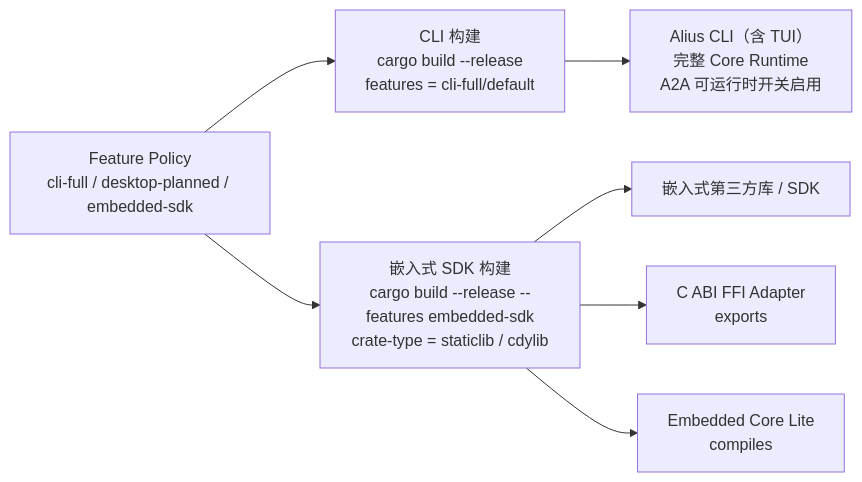
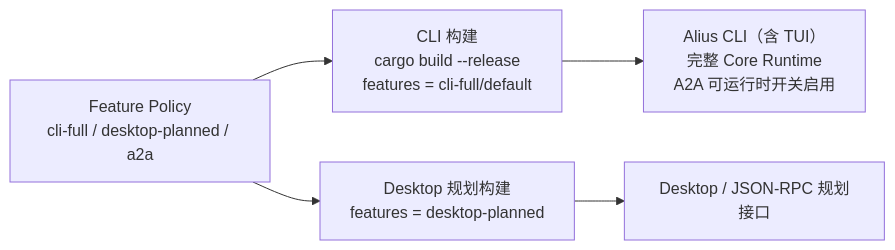
Before and after one commit to AliusTech/alius: the eighth of 9 diagrams in .alius/memory/design/09-architecture-v10-implementation-reference.md, drawn with Mermaid. The commit also changed other lines of this file and 44 other files, not shown here.

````diff
--- a/.alius/memory/design/09-architecture-v10-implementation-reference.md
+++ b/.alius/memory/design/09-architecture-v10-implementation-reference.md
@@ -342,10 +304,8 @@
 ```mermaid
 flowchart LR
-  POLICY["Feature Policy\ncli-full / desktop-planned / embedded-sdk"] --> BCLI["CLI 构建\ncargo build --release\nfeatures = cli-full/default"]
-  POLICY --> BEMB["嵌入式 SDK 构建\ncargo build --release --features embedded-sdk\ncrate-type = staticlib / cdylib"]
+  POLICY["Feature Policy\ncli-full / desktop-planned / a2a"] --> BCLI["CLI 构建\ncargo build --release\nfeatures = cli-full/default"]
+  POLICY --> BDESK["Desktop 规划构建\nfeatures = desktop-planned"]
 
   BCLI --> CLI["Alius CLI（含 TUI）\n完整 Core Runtime\nA2A 可运行时开关启用"]
-  BEMB --> EMB["嵌入式第三方库 / SDK"]
-  BEMB --> FFI["C ABI FFI Adapter\nexports"]
-  BEMB --> LITE["Embedded Core Lite\ncompiles"]
+  BDESK --> DESK["Desktop / JSON-RPC 规划接口"]
 ```
````
